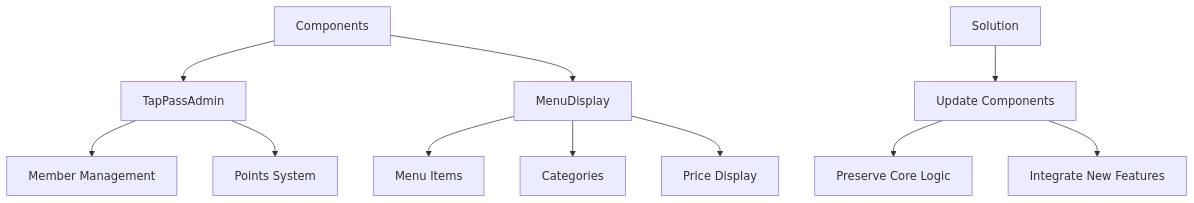
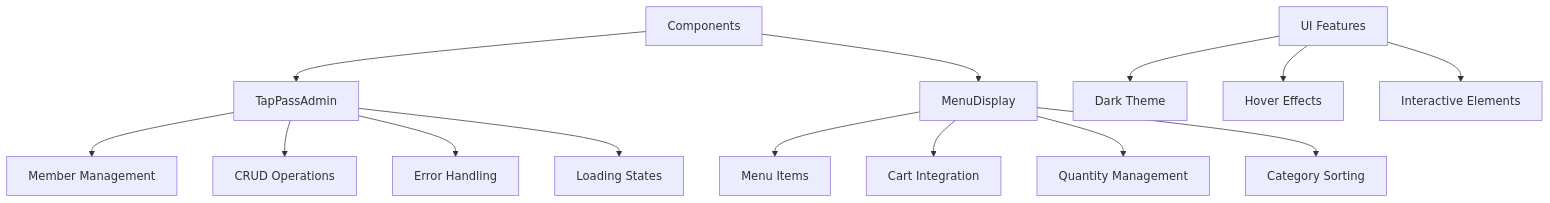
One commit to THE-AI-REAL-ESTATE-INVESTOR/0ne52bar changed the third of 3 diagrams in _DEV_MAN/ISSUES/pending/merge-conflict-analysis.md. Above: the diagram before and after it, drawn with Mermaid. The commit also changed other lines of this file, not shown here.

````diff
--- a/_DEV_MAN/ISSUES/pending/merge-conflict-analysis.md
+++ b/_DEV_MAN/ISSUES/pending/merge-conflict-analysis.md
@@ -123,16 +125,19 @@
 ```mermaid
 graph TD
     A[Components] --> B[TapPassAdmin]
     A --> C[MenuDisplay]
     
     B --> D[Member Management]
-    B --> E[Points System]
+    B --> E[CRUD Operations]
+    B --> F[Error Handling]
+    B --> G[Loading States]
     
-    C --> F[Menu Items]
-    C --> G[Categories]
-    C --> H[Price Display]
+    C --> H[Menu Items]
+    C --> I[Cart Integration]
+    C --> J[Quantity Management]
+    C --> K[Category Sorting]
     
-    I[Solution] --> J[Update Components]
-    J --> K[Preserve Core Logic]
-    J --> L[Integrate New Features]
+    L[UI Features] --> M[Dark Theme]
+    L --> N[Hover Effects]
+    L --> O[Interactive Elements]
 ```
````
